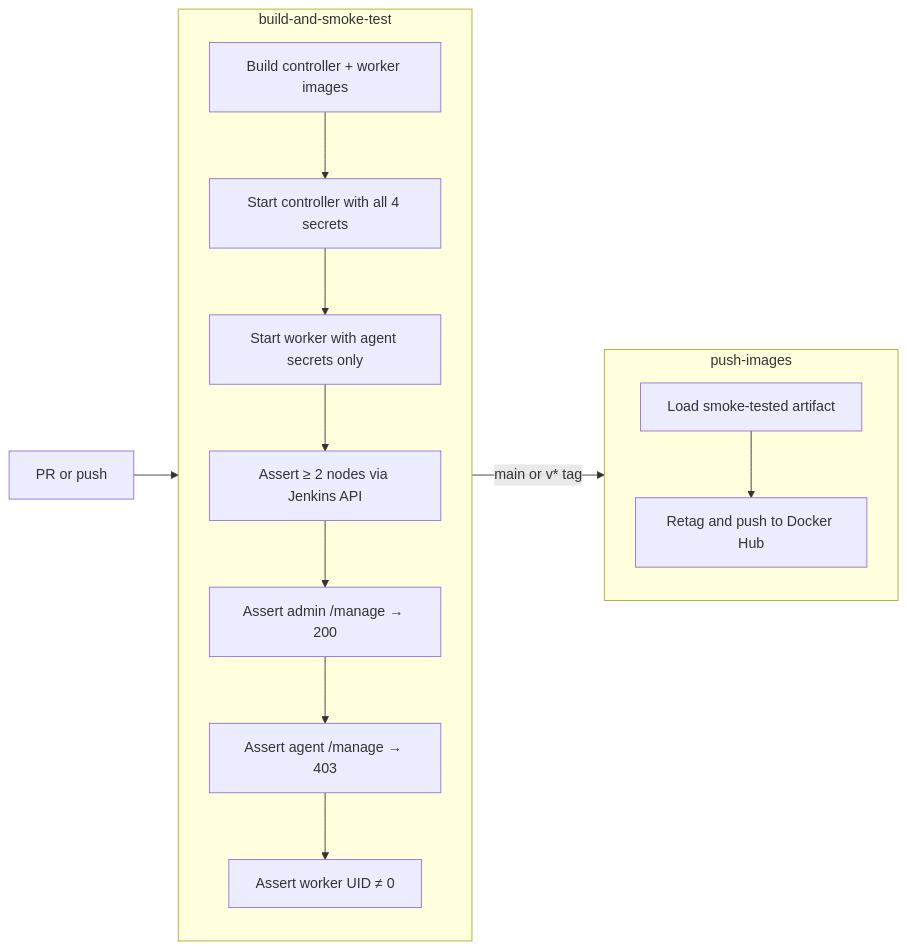
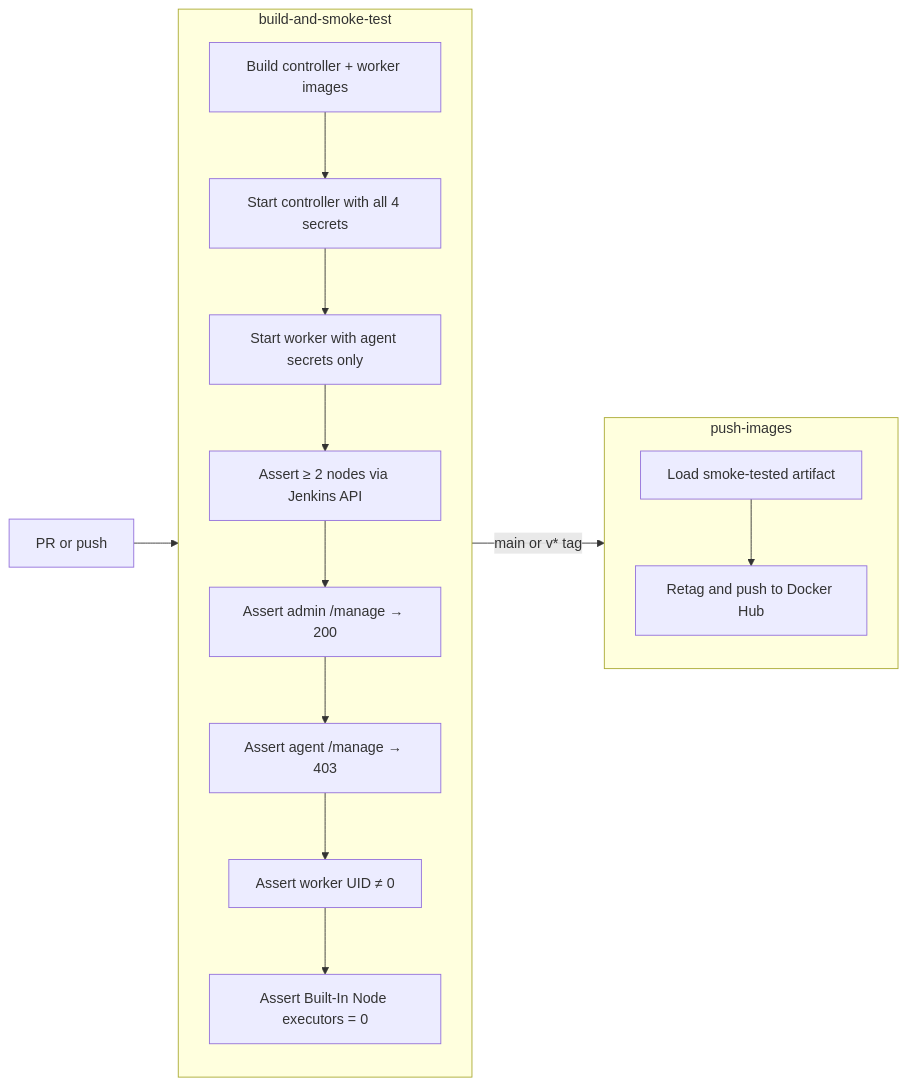
Before and after one commit to sangharshcs/deploy-jenkins: the third of 3 diagrams in README.md, drawn with Mermaid. The commit also changed other lines of this file and 5 other files, not shown here.

First line of the commit message:
feat: set built-in node to 0 executors to block builds on controller (#13)

````diff
--- a/README.md
+++ b/README.md
@@ -366,24 +368,25 @@
 ```mermaid
 flowchart LR
     PR["PR or push"] --> BUILD
 
     subgraph BUILD ["build-and-smoke-test"]
         direction TB
         B1["Build controller + worker images"]
         B2["Start controller with all 4 secrets"]
         B3["Start worker with agent secrets only"]
         B4["Assert ≥ 2 nodes via Jenkins API"]
         B5["Assert admin /manage → 200"]
         B6["Assert agent /manage → 403"]
         B7["Assert worker UID ≠ 0"]
-        B1 --> B2 --> B3 --> B4 --> B5 --> B6 --> B7
+        B8["Assert Built-In Node executors = 0"]
+        B1 --> B2 --> B3 --> B4 --> B5 --> B6 --> B7 --> B8
     end
 
-    B7 -->|"main or v* tag"| PUSH
+    B8 -->|"main or v* tag"| PUSH
 
     subgraph PUSH ["push-images"]
         P1["Load smoke-tested artifact"]
         P2["Retag and push to Docker Hub"]
         P1 --> P2
     end
 ```
````
